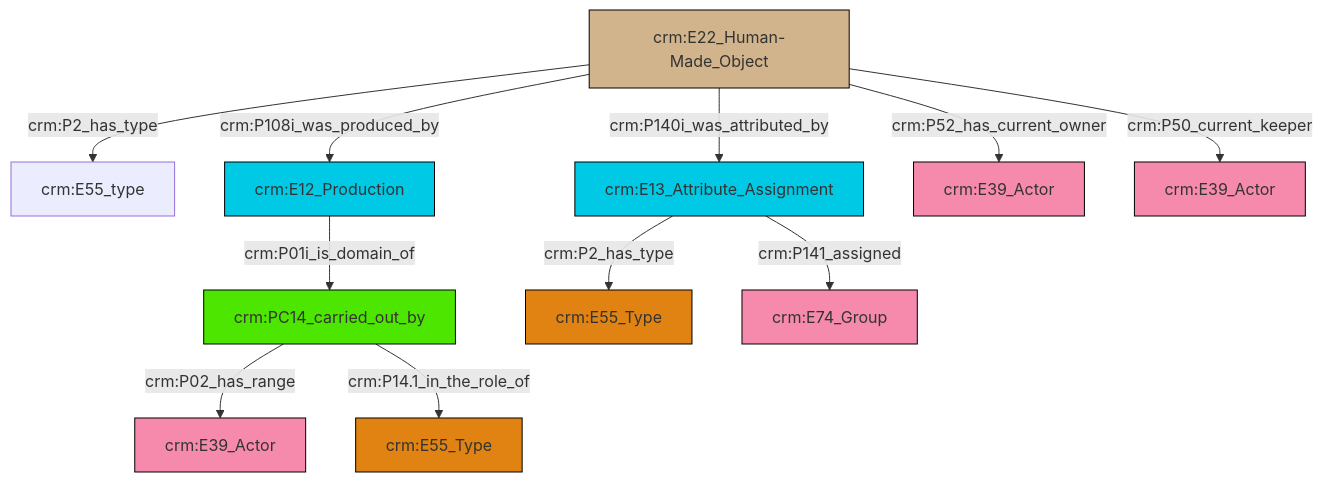
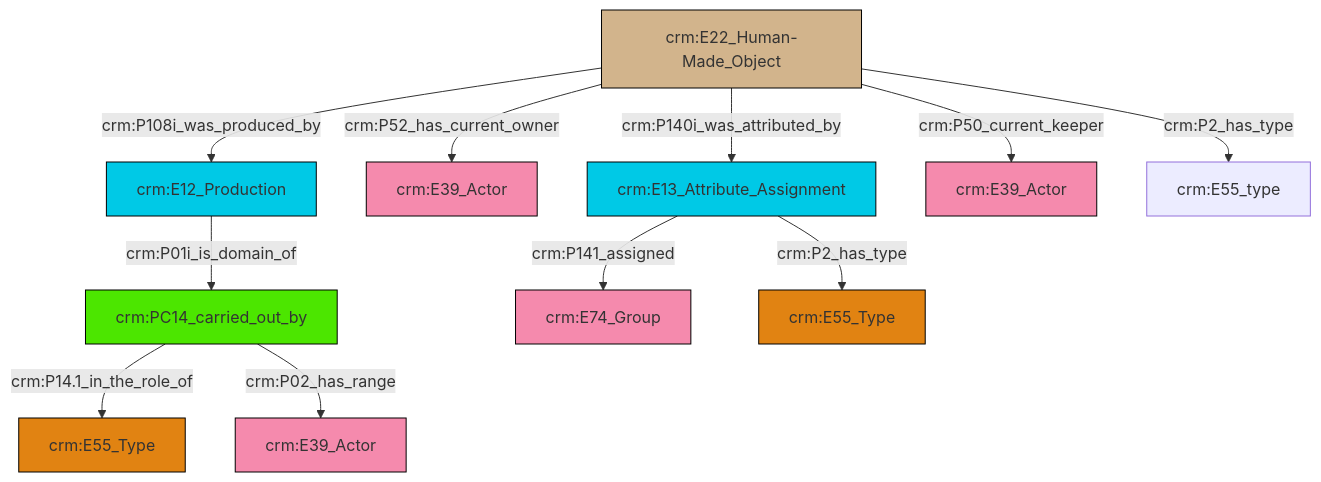
One commit to swiss-art-research-net/docs.swissartresearch changed the diagram in et/artworkCSV/ttl/mmd/Artwork_Actor_Relations.ttl.mmd. Above: the diagram before and after it, drawn with Mermaid. The commit also changed 174 other files, not shown here.

```diff
--- a/et/artworkCSV/ttl/mmd/Artwork_Actor_Relations.ttl.mmd
+++ b/et/artworkCSV/ttl/mmd/Artwork_Actor_Relations.ttl.mmd
@@ -1,25 +1,25 @@
 graph TD
 classDef Literal fill:#f2f2f2,stroke:#000000;
 classDef CRM_Entity fill:#FFFFFF,stroke:#000000;
 classDef Temporal_Entity fill:#00C9E6, stroke:#000000;
 classDef Type fill:#E18312, stroke:#000000;
 classDef Time-Span fill:#2C9C91, stroke:#000000;
 classDef Appellation fill:#FFEB7F, stroke:#000000;
 classDef Place fill:#008836, stroke:#000000;
 classDef Persistent_Item fill:#B266B2, stroke:#000000;
 classDef Conceptual_Object fill:#FFD700, stroke:#000000;
 classDef Physical_Thing fill:#D2B48C, stroke:#000000;
 classDef Actor fill:#f58aad, stroke:#000000;
 classDef PC_Classes fill:#4ce600, stroke:#000000;
 classDef Multi fill:#cccccc,stroke:#000000;
 
-0["crm:E22_Human-Made_Object"]:::Physical_Thing -->|crm:P2_has_type| 1["crm:E55_type"]:::Default
-0["crm:E22_Human-Made_Object"]:::Physical_Thing -->|crm:P140i_was_attributed_by| 2["crm:E13_Attribute_Assignment"]:::Temporal_Entity
-5["crm:PC14_carried_out_by"]:::PC_Classes -->|crm:P02_has_range| 6["crm:E39_Actor"]:::Actor
-0["crm:E22_Human-Made_Object"]:::Physical_Thing -->|crm:P52_has_current_owner| 7["crm:E39_Actor"]:::Actor
-2["crm:E13_Attribute_Assignment"]:::Temporal_Entity -->|crm:P2_has_type| 10["crm:E55_Type"]:::Type
-2["crm:E13_Attribute_Assignment"]:::Temporal_Entity -->|crm:P141_assigned| 12["crm:E74_Group"]:::Actor
-3["crm:E12_Production"]:::Temporal_Entity -->|crm:P01i_is_domain_of| 5["crm:PC14_carried_out_by"]:::PC_Classes
-0["crm:E22_Human-Made_Object"]:::Physical_Thing -->|crm:P50_current_keeper| 14["crm:E39_Actor"]:::Actor
-0["crm:E22_Human-Made_Object"]:::Physical_Thing -->|crm:P108i_was_produced_by| 3["crm:E12_Production"]:::Temporal_Entity
-5["crm:PC14_carried_out_by"]:::PC_Classes -->|crm:P14.1_in_the_role_of| 8["crm:E55_Type"]:::Type
+2["crm:E22_Human-Made_Object"]:::Physical_Thing -->|crm:P52_has_current_owner| 3["crm:E39_Actor"]:::Actor
+4["crm:PC14_carried_out_by"]:::PC_Classes -->|crm:P14.1_in_the_role_of| 5["crm:E55_Type"]:::Type
+9["crm:E13_Attribute_Assignment"]:::Temporal_Entity -->|crm:P141_assigned| 10["crm:E74_Group"]:::Actor
+9["crm:E13_Attribute_Assignment"]:::Temporal_Entity -->|crm:P2_has_type| 11["crm:E55_Type"]:::Type
+2["crm:E22_Human-Made_Object"]:::Physical_Thing -->|crm:P108i_was_produced_by| 0["crm:E12_Production"]:::Temporal_Entity
+2["crm:E22_Human-Made_Object"]:::Physical_Thing -->|crm:P140i_was_attributed_by| 9["crm:E13_Attribute_Assignment"]:::Temporal_Entity
+2["crm:E22_Human-Made_Object"]:::Physical_Thing -->|crm:P2_has_type| 16["crm:E55_type"]:::Default
+4["crm:PC14_carried_out_by"]:::PC_Classes -->|crm:P02_has_range| 6["crm:E39_Actor"]:::Actor
+2["crm:E22_Human-Made_Object"]:::Physical_Thing -->|crm:P50_current_keeper| 12["crm:E39_Actor"]:::Actor
+0["crm:E12_Production"]:::Temporal_Entity -->|crm:P01i_is_domain_of| 4["crm:PC14_carried_out_by"]:::PC_Classes
```
